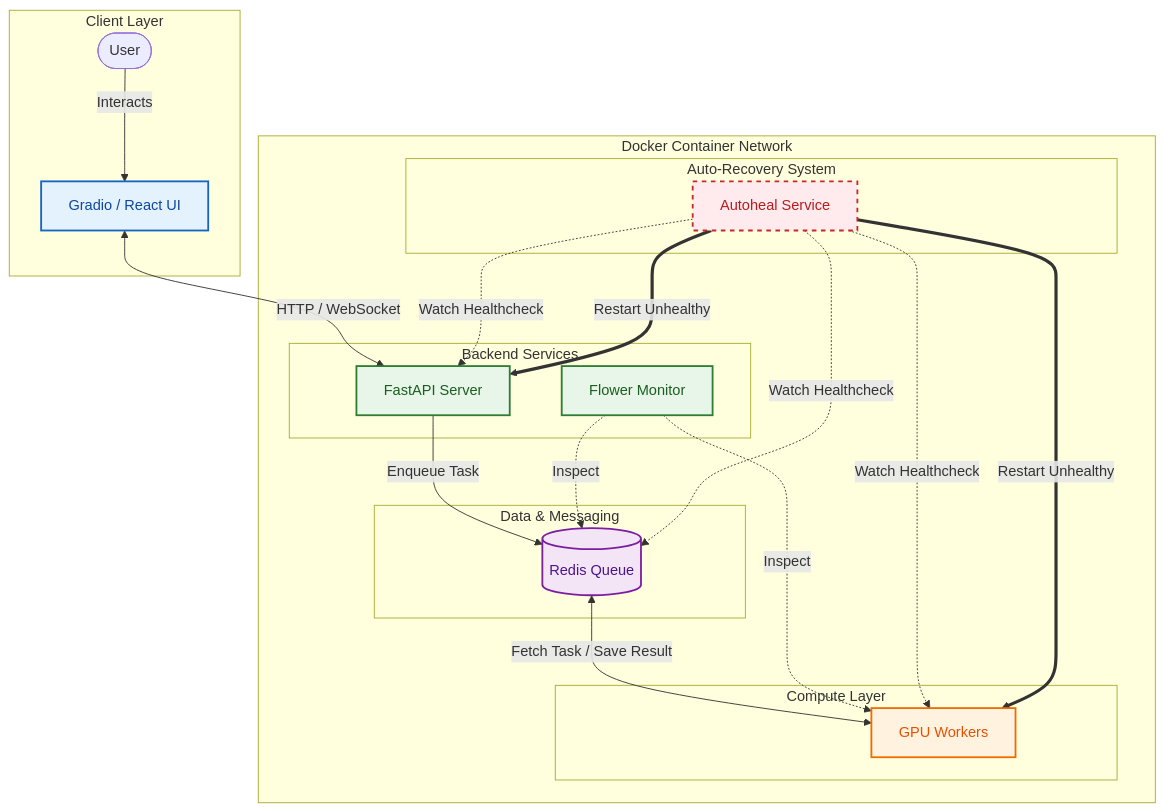
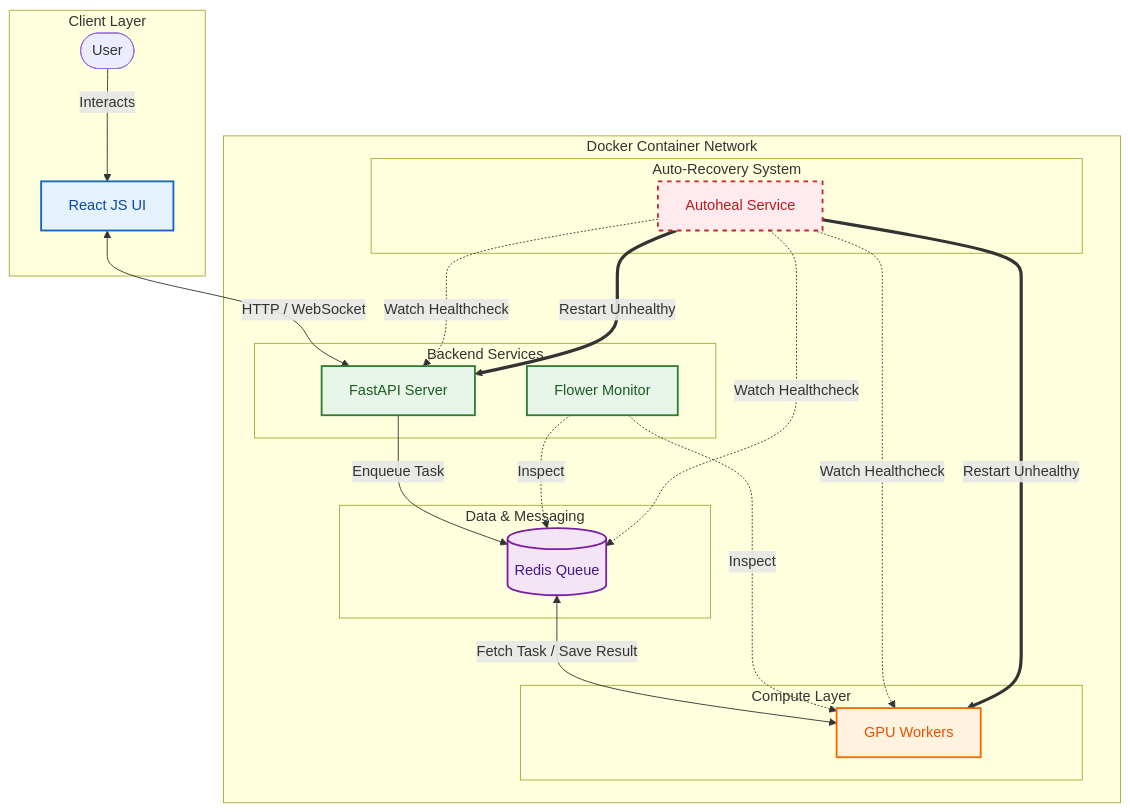
The diagram in README.md (JunPyoPark/medsam_project), drawn with Mermaid before and after one commit. The commit also changed other lines of this file, not shown here.

````diff
--- a/README.md
+++ b/README.md
@@ -84,51 +84,51 @@
 ```mermaid
 graph TD
     %% Styles
     classDef frontend fill:#e3f2fd,stroke:#1565c0,stroke-width:2px,color:#0d47a1
     classDef backend fill:#e8f5e9,stroke:#2e7d32,stroke-width:2px,color:#1b5e20
     classDef worker fill:#fff3e0,stroke:#ef6c00,stroke-width:2px,color:#e65100
     classDef infra fill:#f3e5f5,stroke:#7b1fa2,stroke-width:2px,color:#4a148c
     classDef recovery fill:#ffebee,stroke:#c62828,stroke-width:2px,stroke-dasharray: 5 5,color:#b71c1c
 
     subgraph Client [Client Layer]
         User([User])
-        UI[Gradio / React UI]:::frontend
+        UI[React JS UI]:::frontend
     end
 
     subgraph Docker [Docker Container Network]
         
         subgraph ServiceLayer [Backend Services]
             API[FastAPI Server]:::backend
             Monitor[Flower Monitor]:::backend
         end
 
         subgraph DataLayer [Data & Messaging]
             Redis[(Redis Queue)]:::infra
         end
         
         subgraph ComputeLayer [Compute Layer]
             Worker[GPU Workers]:::worker
         end
 
         subgraph RecoveryLayer [Auto-Recovery System]
             Autoheal[Autoheal Service]:::recovery
         end
     end
 
     %% Application Flow
     User -->|Interacts| UI
     UI <-->|HTTP / WebSocket| API
     API -->|Enqueue Task| Redis
     Redis <-->|Fetch Task / Save Result| Worker
     
     %% Monitoring Flow
     Monitor -.->|Inspect| Redis
     Monitor -.->|Inspect| Worker
 
     %% Auto-Recovery Flow
     Autoheal -.->|Watch Healthcheck| API
     Autoheal -.->|Watch Healthcheck| Redis
     Autoheal -.->|Watch Healthcheck| Worker
     Autoheal == Restart Unhealthy ==> API
     Autoheal == Restart Unhealthy ==> Worker
 ```
````
